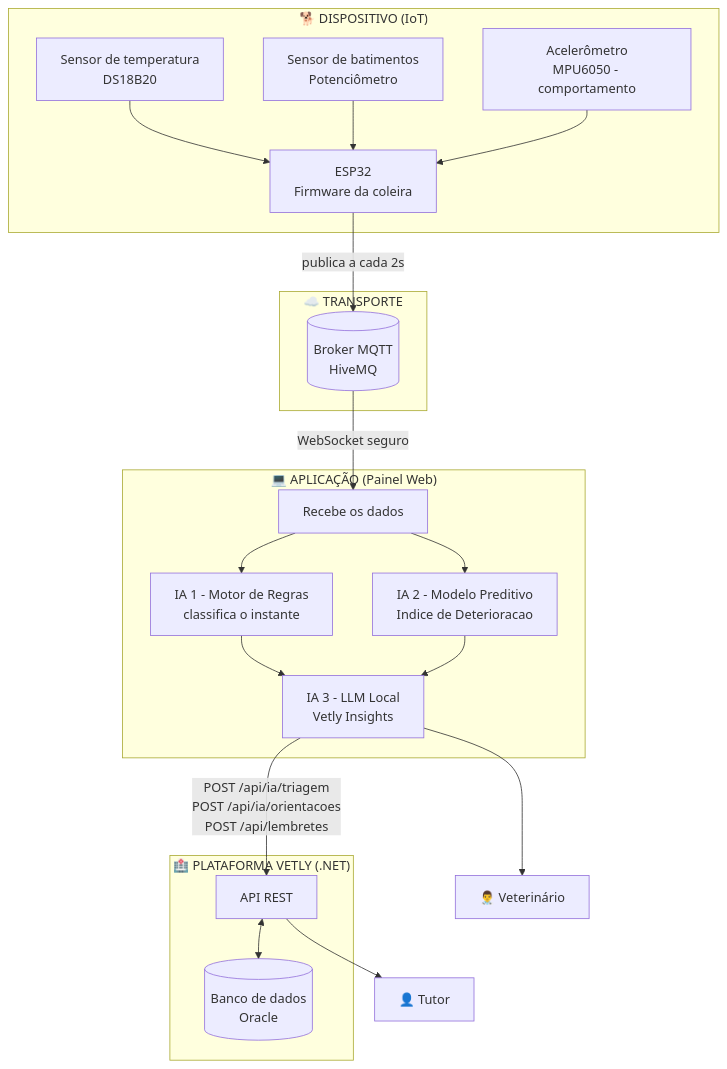
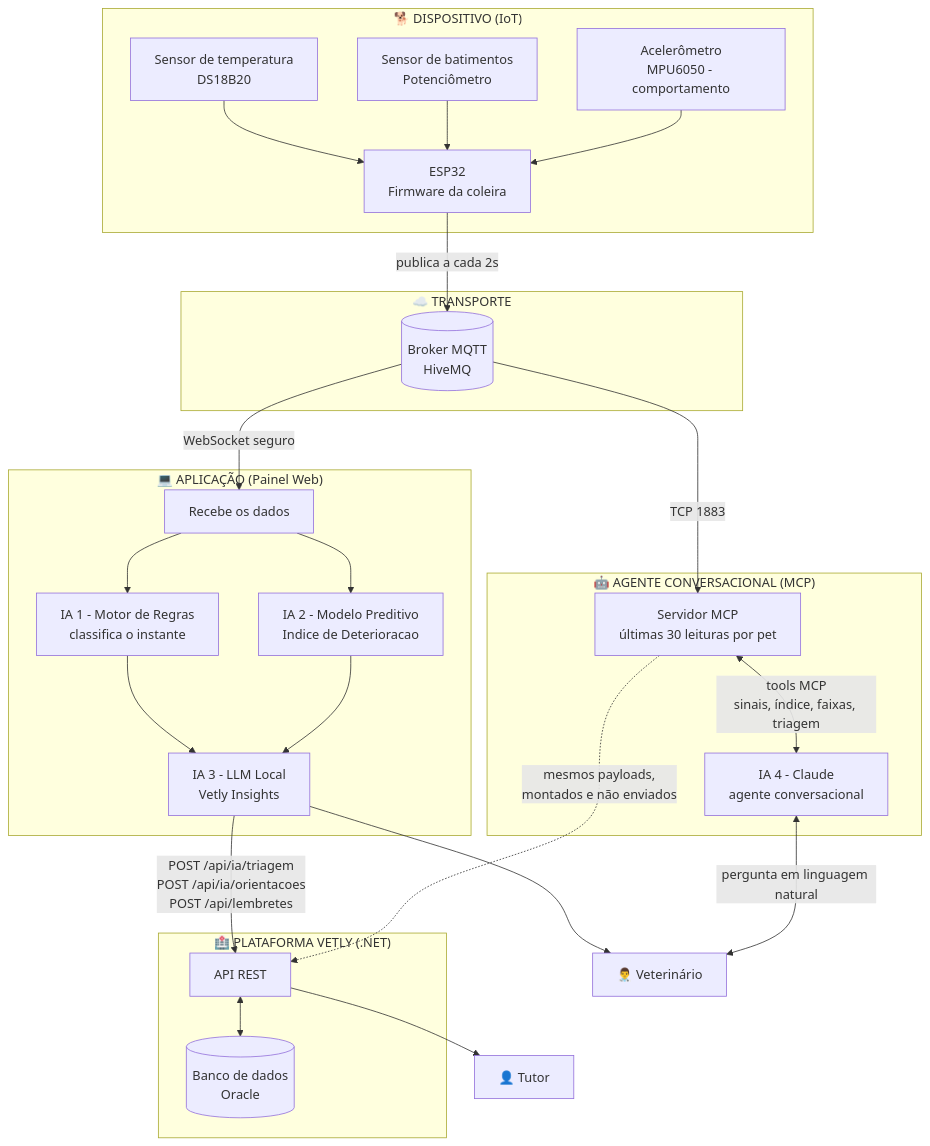
One commit to challenge-vetly/vetly-iot changed the first of 2 diagrams in README.md. Above: the diagram before and after it, drawn with Mermaid. The commit also changed other lines of this file, not shown here.

Commit message:
docs: README atualizado para a 4ª Sprint (camada 4 via MCP)

````diff
--- a/README.md
+++ b/README.md
@@ -73,42 +79,51 @@
 ```mermaid
 flowchart TB
     subgraph DISPOSITIVO["🐕 DISPOSITIVO (IoT)"]
         S1[Sensor de temperatura<br/>DS18B20]
         S2[Sensor de batimentos<br/>Potenciômetro]
         S3[Acelerômetro<br/>MPU6050 - comportamento]
         ESP[ESP32<br/>Firmware da coleira]
         S1 --> ESP
         S2 --> ESP
         S3 --> ESP
     end
 
     subgraph NUVEM["☁️ TRANSPORTE"]
         MQTT[(Broker MQTT<br/>HiveMQ)]
     end
 
     subgraph APP["💻 APLICAÇÃO (Painel Web)"]
         REC[Recebe os dados]
         IA1[IA 1 - Motor de Regras<br/>classifica o instante]
         IA2[IA 2 - Modelo Preditivo<br/>Indice de Deterioracao]
         IA3[IA 3 - LLM Local<br/>Vetly Insights]
         REC --> IA1
         REC --> IA2
         IA1 --> IA3
         IA2 --> IA3
     end
 
+    subgraph AGENTE["🤖 AGENTE CONVERSACIONAL (MCP)"]
+        MCPS[Servidor MCP<br/>últimas 30 leituras por pet]
+        IA4[IA 4 - Claude<br/>agente conversacional]
+        MCPS <-->|tools MCP<br/>sinais, índice, faixas, triagem| IA4
+    end
+
     subgraph BACKEND["🏥 PLATAFORMA VETLY (.NET)"]
         API[API REST]
         DB[(Banco de dados<br/>Oracle)]
         API <--> DB
     end
 
     ESP -->|publica a cada 2s| MQTT
     MQTT -->|WebSocket seguro| REC
+    MQTT -->|TCP 1883| MCPS
     IA3 -->|POST /api/ia/triagem<br/>POST /api/ia/orientacoes<br/>POST /api/lembretes| API
+    MCPS -.->|mesmos payloads,<br/>montados e não enviados| API
 
     VET[👨‍⚕️ Veterinário]
     TUT[👤 Tutor]
     IA3 --> VET
+    IA4 <-->|pergunta em linguagem natural| VET
     API --> TUT
 ```
````
